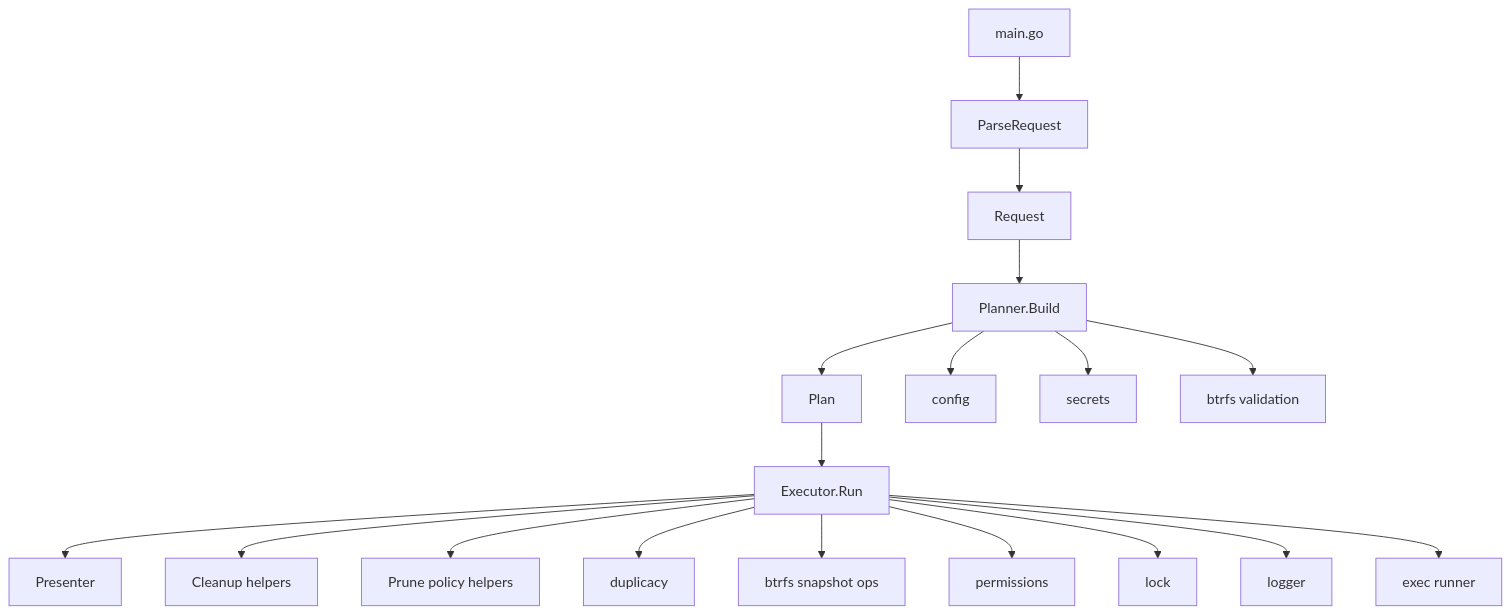
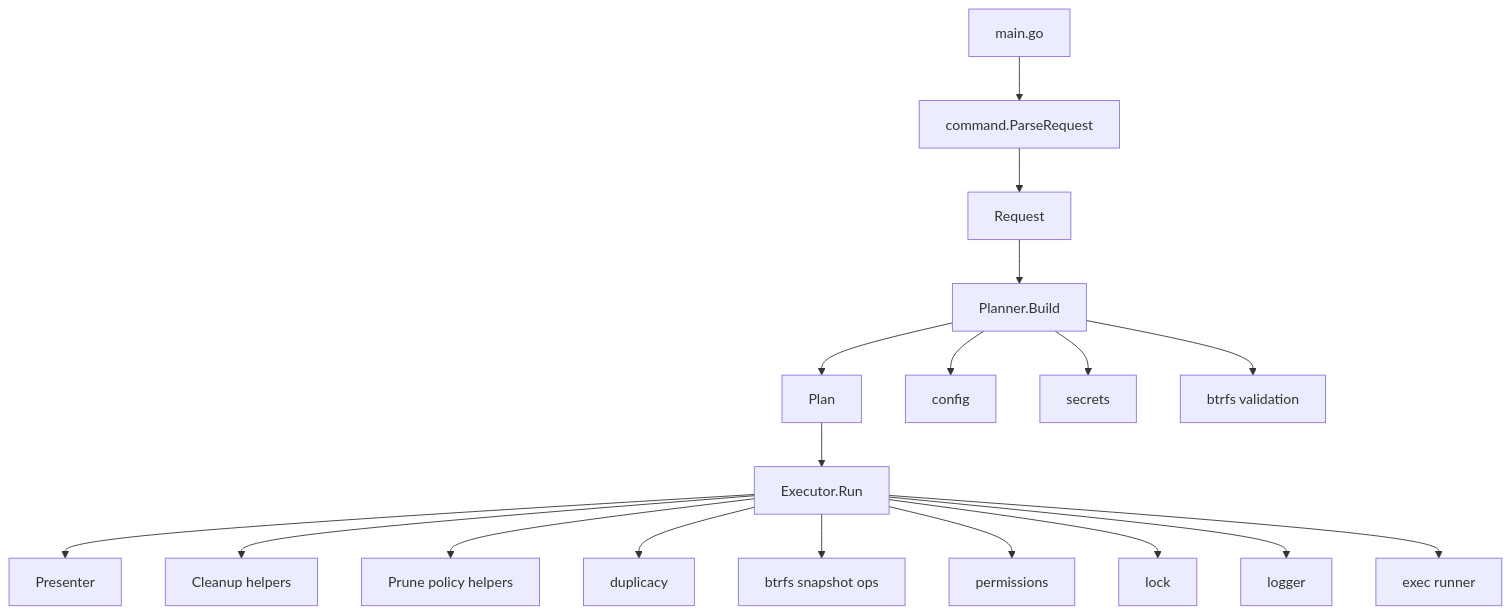
The diagram in docs/how-it-works.md (phillipmcmahon/synology-duplicacy-backup), drawn with Mermaid before and after one commit. The commit also changed other lines of this file and 9 other files, not shown here.

````diff
--- a/docs/how-it-works.md
+++ b/docs/how-it-works.md
@@ -68,20 +68,20 @@
 ```mermaid
 flowchart TD
-    A["main.go"] --> B["ParseRequest"]
+    A["main.go"] --> B["command.ParseRequest"]
     B --> C["Request"]
     C --> D["Planner.Build"]
     D --> E["Plan"]
     E --> F["Executor.Run"]
     F --> G["Presenter"]
     F --> H["Cleanup helpers"]
     F --> I["Prune policy helpers"]
     D --> J["config"]
     D --> K["secrets"]
     D --> L["btrfs validation"]
     F --> M["duplicacy"]
     F --> N["btrfs snapshot ops"]
     F --> O["permissions"]
     F --> P["lock"]
     F --> Q["logger"]
     F --> R["exec runner"]
 ```
````
